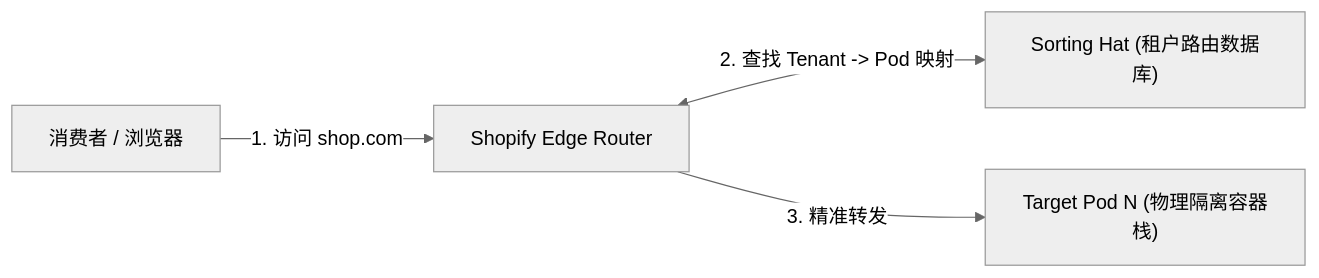
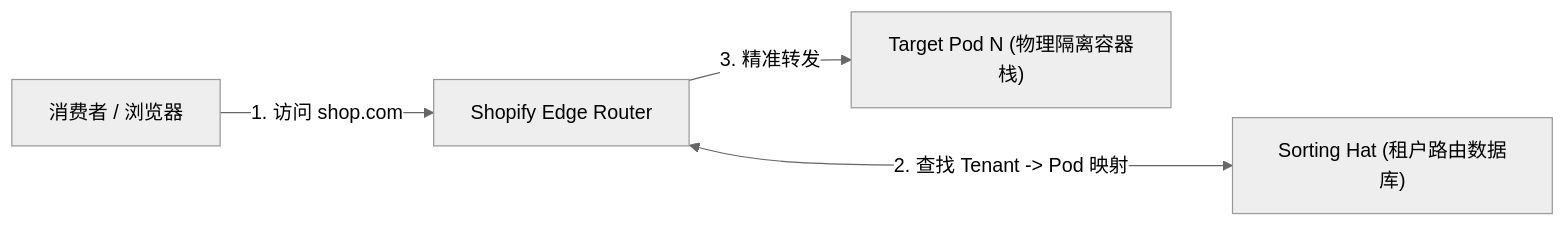
One commit to koosai/AI-Architect-Learning changed the third of 7 diagrams in docs/atlas/shopify.mdx. Above: the diagram before and after it, drawn with Mermaid (neutral theme). The commit also changed other lines of this file and 68 other files, not shown here.

Commit message:
fix(atlas): fix browser client-side Mermaid rendering for mindmaps and flowcharts across 67 case studies

````diff
--- a/docs/atlas/shopify.mdx
+++ b/docs/atlas/shopify.mdx
@@ -113,6 +113,6 @@
 ```mermaid
 graph LR
   Shopper["消费者 / 浏览器"] -->|1. 访问 shop.com| EdgeRouter["Shopify Edge Router"]
-  EdgeRouter <-->|2. 查找 Tenant -> Pod 映射| SortingHat["Sorting Hat (租户路由数据库)"]
+  EdgeRouter <--->|2. 查找 Tenant -> Pod 映射| SortingHat["Sorting Hat (租户路由数据库)"]
   EdgeRouter -->|3. 精准转发| TargetPod["Target Pod N (物理隔离容器栈)"]
 ```
````
